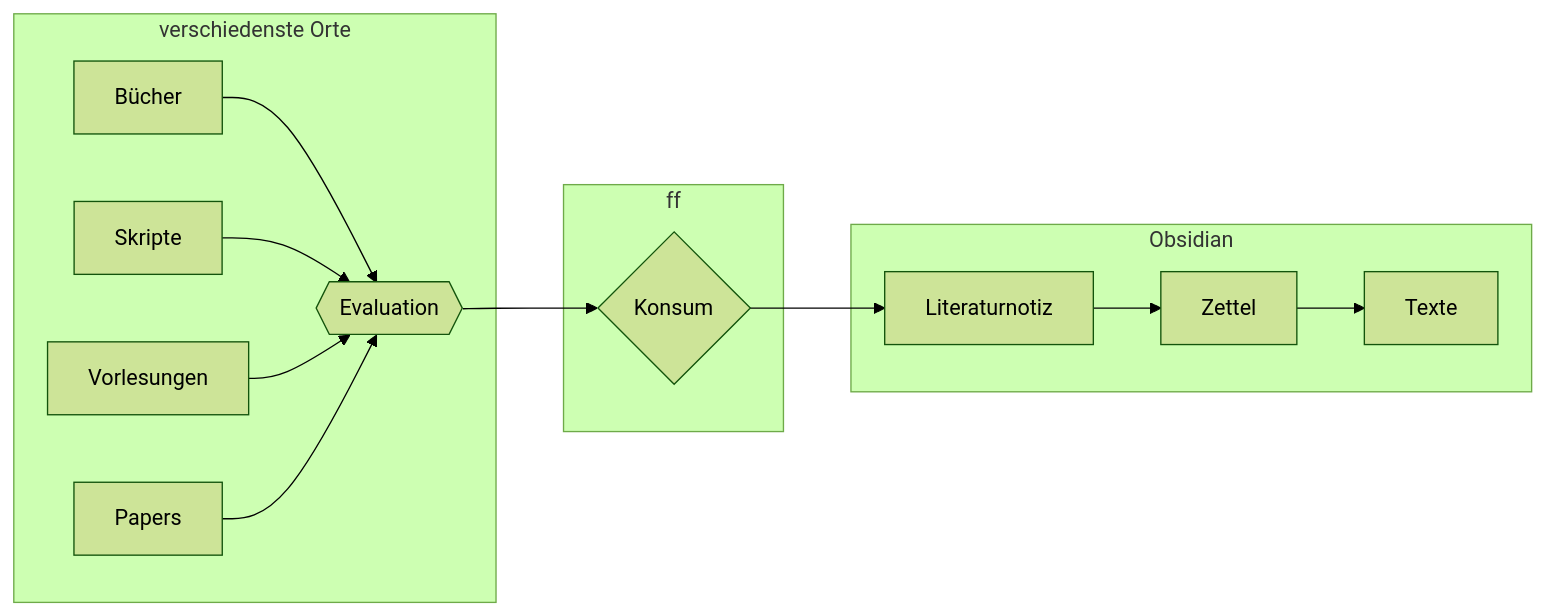
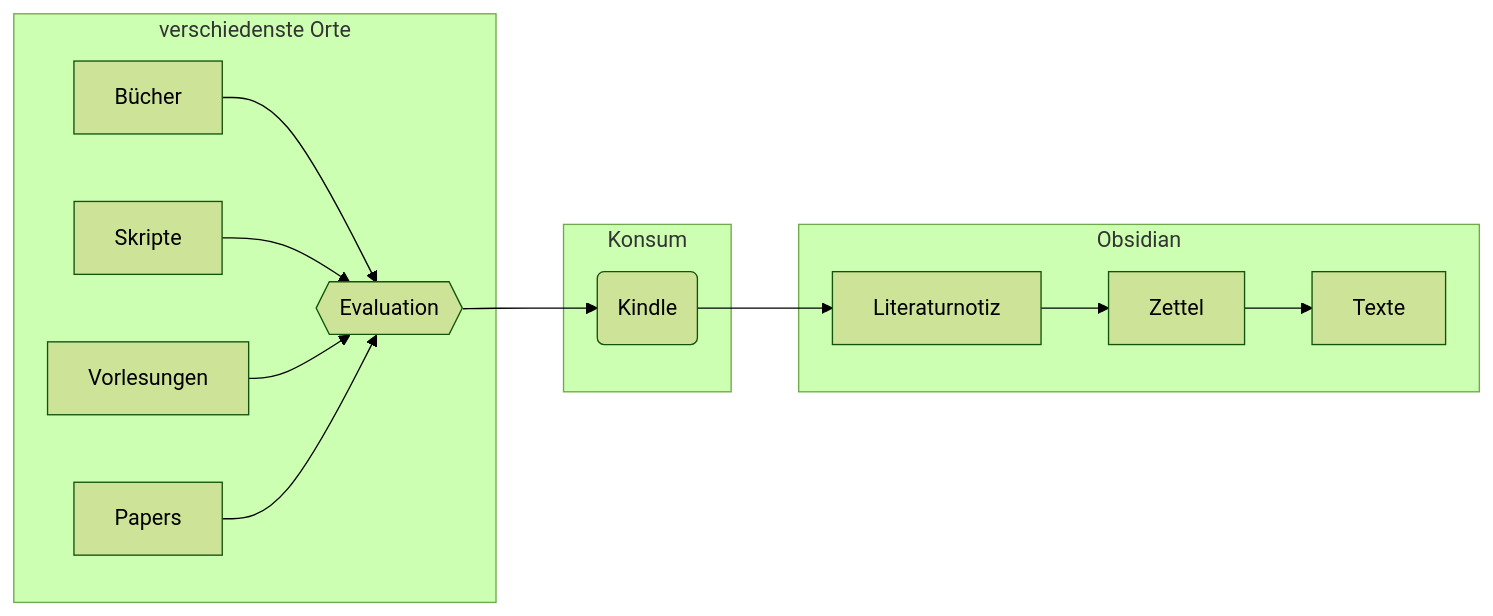
The diagram in System/Informationsverarbeitung.md (julianstoerig/zettelkasten), drawn with Mermaid (forest theme) before and after one commit. The commit also changed other lines of this file and 1 other file, not shown here.

Commit message:
automatic version-control: 2021-01-11 22:41:50

````diff
--- a/System/Informationsverarbeitung.md
+++ b/System/Informationsverarbeitung.md
@@ -1,29 +1,29 @@
 ```mermaid
 graph LR;
 
 B["Bücher"]
 S["Skripte"]
 V["Vorlesungen"]
 P["Papers"]
 
 E{{"Evaluation"}}
-K{"Konsum"}
+K("Kindle")
 
 L["Literaturnotiz"]
 Z["Zettel"]
 T["Texte"]
 
 subgraph verschiedenste Orte
 	B & S & V & P --> E
 end
 
-subgraph ff
+subgraph Konsum
 	E --> K
 end
 
 subgraph Obsidian
 	K --> L
 	L --> Z
 	Z --> T
 end
 ```
````
